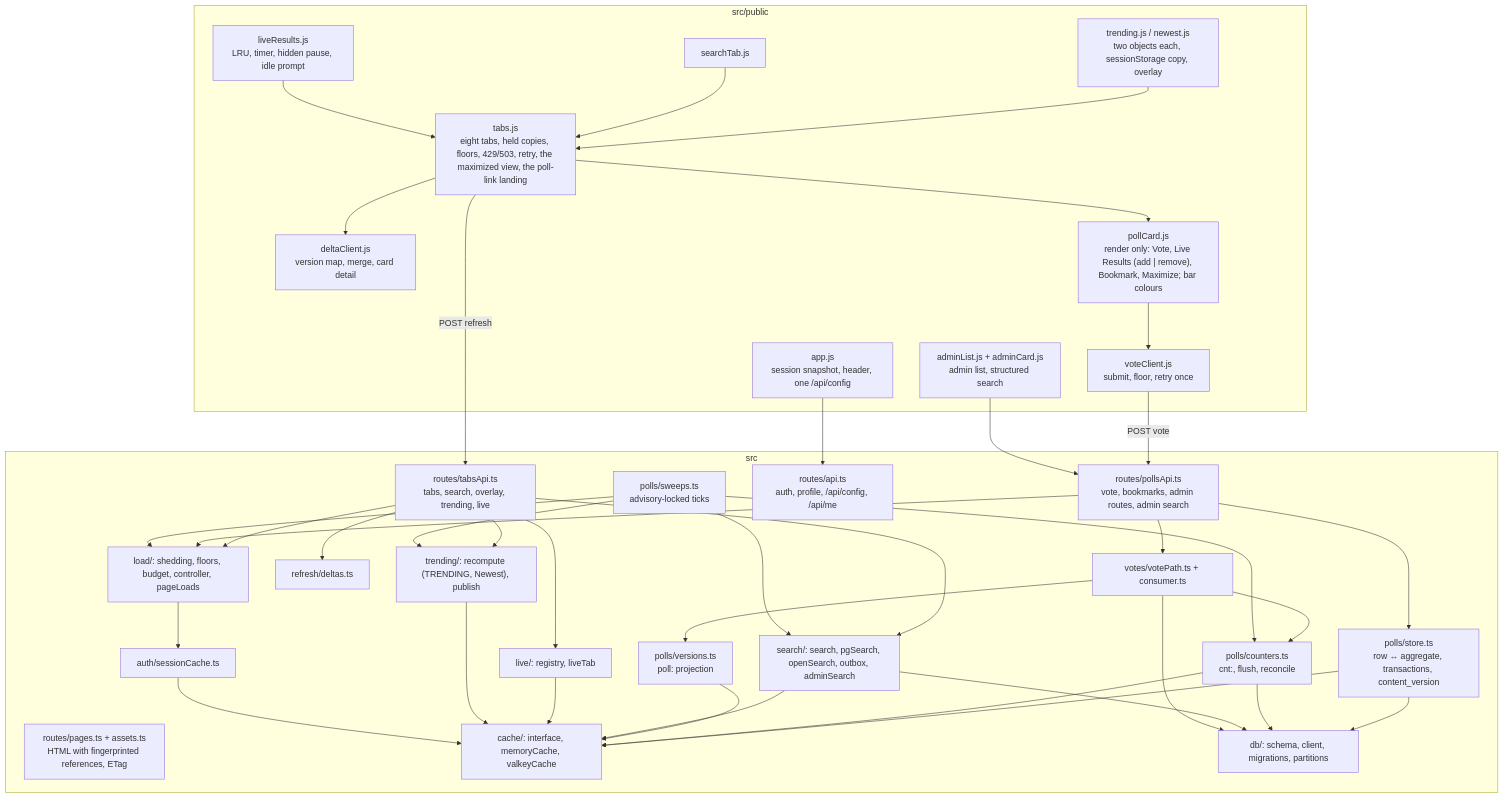
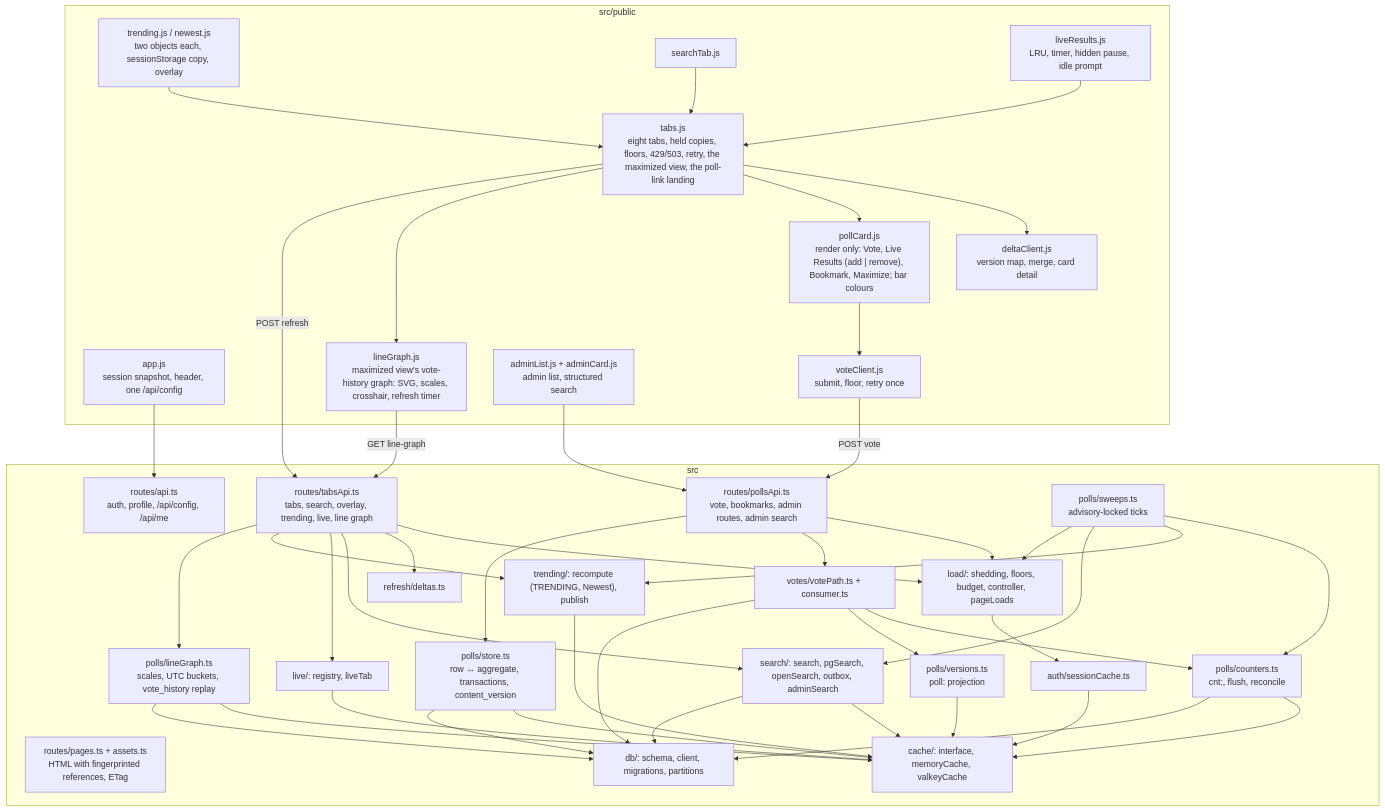
Before and after one commit to roadraceresults/crowdpoll: the third of 14 diagrams in ARCHITECTURE.md, drawn with Mermaid. The commit also changed other lines of this file and 49 other files, not shown here.

First line of the commit message:
Line graph: bring the poll-line-graph work over from crowdpoll02

````diff
--- a/ARCHITECTURE.md
+++ b/ARCHITECTURE.md
@@ -69,49 +69,52 @@
 ```mermaid
 flowchart TB
   subgraph Client["src/public"]
     App["app.js<br/>session snapshot, header, one /api/config"]
     Tabs["tabs.js<br/>eight tabs, held copies, floors, 429/503, retry, the maximized view, the poll-link landing"]
     Trending["trending.js / newest.js<br/>two objects each, sessionStorage copy, overlay"]
     SearchTab["searchTab.js"]
     Live["liveResults.js<br/>LRU, timer, hidden pause, idle prompt"]
     Delta["deltaClient.js<br/>version map, merge, card detail"]
     Vote["voteClient.js<br/>submit, floor, retry once"]
     Card["pollCard.js<br/>render only: Vote, Live Results (add | remove), Bookmark, Maximize; bar colours"]
+    Graph["lineGraph.js<br/>maximized view's vote-history graph: SVG, scales, crosshair, refresh timer"]
     Admin["adminList.js + adminCard.js<br/>admin list, structured search"]
   end
 
   subgraph Server["src"]
     Pipeline["load/: shedding, floors, budget, controller, pageLoads"]
-    TabsApi["routes/tabsApi.ts<br/>tabs, search, overlay, trending, live"]
+    TabsApi["routes/tabsApi.ts<br/>tabs, search, overlay, trending, live, line graph"]
+    LineGraph["polls/lineGraph.ts<br/>scales, UTC buckets, vote_history replay"]
     PollsApi["routes/pollsApi.ts<br/>vote, bookmarks, admin routes, admin search"]
     Api["routes/api.ts<br/>auth, profile, /api/config, /api/me"]
     Pages["routes/pages.ts + assets.ts<br/>HTML with fingerprinted references, ETag"]
     Sessions["auth/sessionCache.ts"]
     Store["polls/store.ts<br/>row ↔ aggregate, transactions, content_version"]
     Counters["polls/counters.ts<br/>cnt:<pid>, flush, reconcile"]
     Versions["polls/versions.ts<br/>poll:<pid> projection"]
     Deltas["refresh/deltas.ts"]
     VotePath["votes/votePath.ts + consumer.ts"]
     Search["search/: search, pgSearch, openSearch, outbox, adminSearch"]
     TrendingS["trending/: recompute (TRENDING, Newest), publish"]
     LiveS["live/: registry, liveTab"]
     Sweeps["polls/sweeps.ts<br/>advisory-locked ticks"]
     Cache["cache/: interface, memoryCache, valkeyCache"]
     Db["db/: schema, client, migrations, partitions"]
   end
 
-  Tabs --> Delta & Card
+  Tabs --> Delta & Card & Graph
+  Graph -- "GET line-graph" --> TabsApi
   Trending & SearchTab & Live --> Tabs
   Card --> Vote
   Tabs -- "POST refresh" --> TabsApi
   Vote -- "POST vote" --> PollsApi
   Admin --> PollsApi
   App --> Api
   TabsApi & PollsApi --> Pipeline --> Sessions
-  TabsApi --> Deltas & Search & LiveS & TrendingS
+  TabsApi --> Deltas & Search & LiveS & TrendingS & LineGraph
   PollsApi --> VotePath & Store
   VotePath --> Counters & Versions
   Sweeps --> Counters & TrendingS & Search & Pipeline
-  Store & Counters & Versions & Search & LiveS & TrendingS & Sessions --> Cache
-  Store & Counters & Search & VotePath --> Db
+  Store & Counters & Versions & Search & LiveS & TrendingS & Sessions & LineGraph --> Cache
+  Store & Counters & Search & VotePath & LineGraph --> Db
 ```
````
